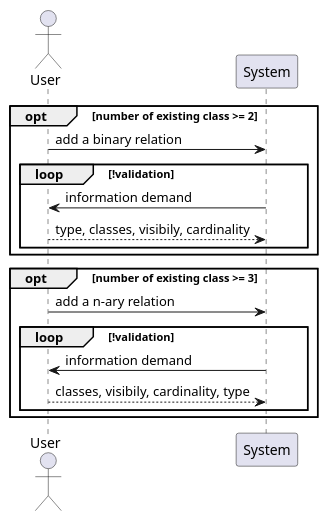
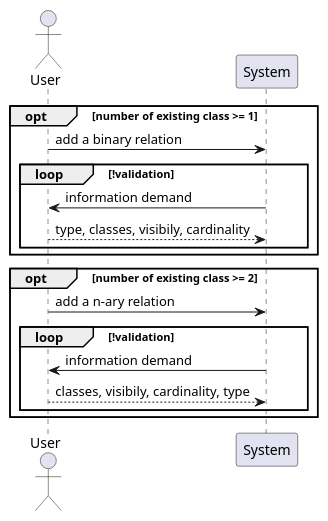
One commit to Phalexei/Modeleur changed the diagram in src/com/github/tomap/uml/analyse/sequenceDiagrams/manageRelationsC.puml. Above: the diagram before and after it, drawn with PlantUML. The commit also changed 5 other files, not shown here.

Commit message:
Diagrammes de séquences de conception

```diff
--- a/src/com/github/tomap/uml/analyse/sequenceDiagrams/manageRelationsC.puml
+++ b/src/com/github/tomap/uml/analyse/sequenceDiagrams/manageRelationsC.puml
@@ -1,20 +1,20 @@
 @startuml
     actor User as u
     participant System as s
 
-    opt number of existing class >= 2
+    opt number of existing class >= 1
         u -> s: add a binary relation
         loop !validation
             s -> u: information demand
             u --> s: type, classes, visibily, cardinality
         end
     end
 
-    opt number of existing class >= 3
+    opt number of existing class >= 2
         u -> s: add a n-ary relation
         loop !validation
             s -> u: information demand
             u --> s: classes, visibily, cardinality, type
         end
     end
 @enduml
```
